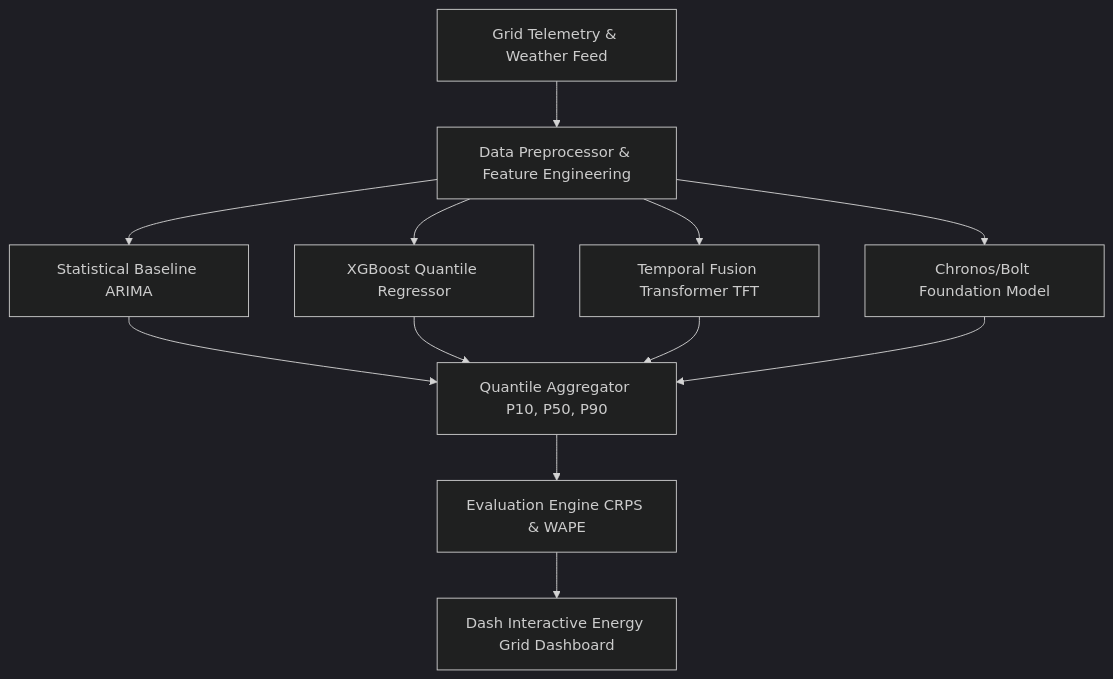
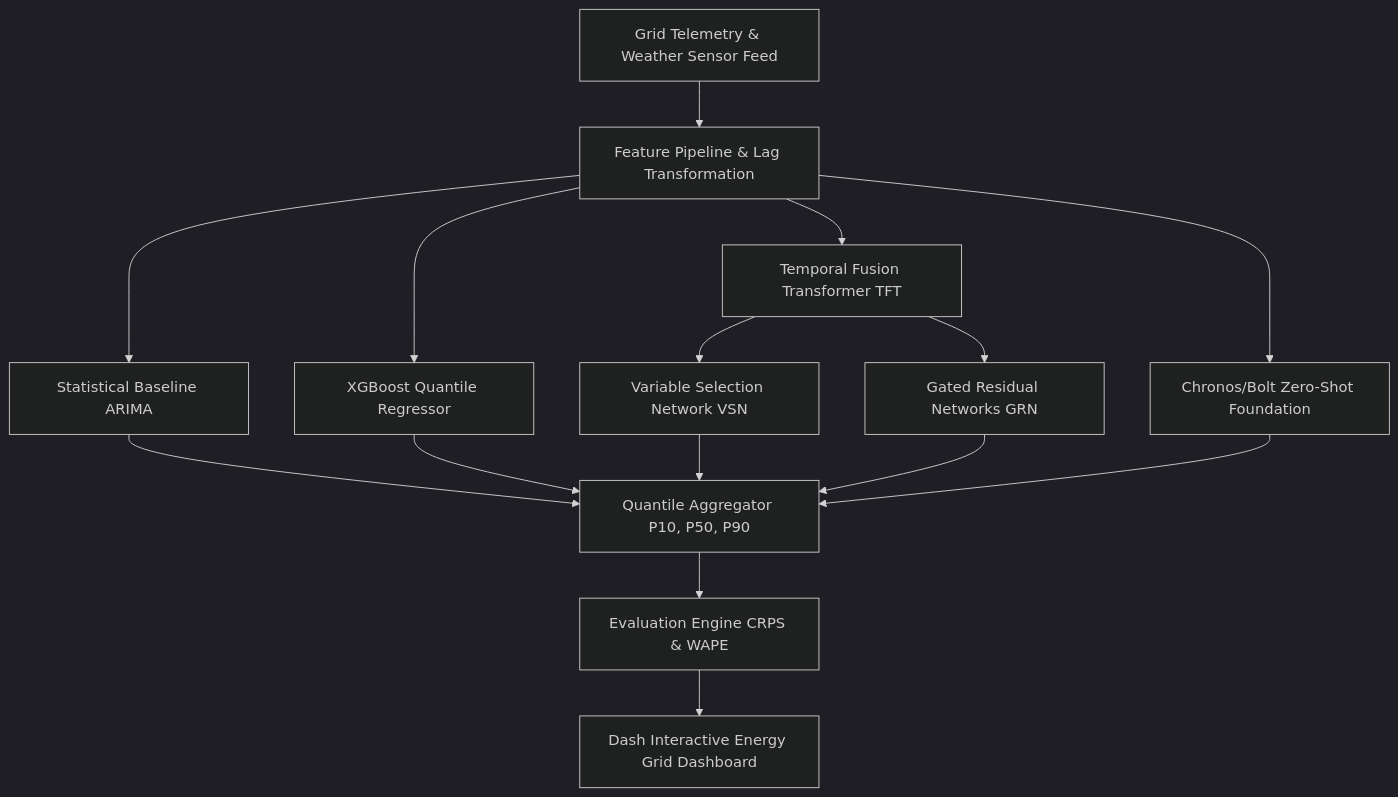
The diagram in README.md (palomabasfer/renewable-energy-forecasting), drawn with Mermaid (dark theme) before and after one commit.

Commit message:
docs(readme): upgrade README with TFT VSN GRN architecture, badges & math

````diff
--- a/README.md
+++ b/README.md
@@ -13,14 +13,17 @@
 ```mermaid
 flowchart TD
-    A[Grid Telemetry & Weather Feed] --> B[Data Preprocessor & Feature Engineering]
+    A[Grid Telemetry & Weather Sensor Feed] --> B[Feature Pipeline & Lag Transformation]
     B --> C[Statistical Baseline ARIMA]
     B --> D[XGBoost Quantile Regressor]
     B --> E[Temporal Fusion Transformer TFT]
-    B --> F[Chronos/Bolt Foundation Model]
-    C --> G[Quantile Aggregator P10, P50, P90]
-    D --> G
-    E --> G
-    F --> G
-    G --> H[Evaluation Engine CRPS & WAPE]
-    H --> I[Dash Interactive Energy Grid Dashboard]
+    B --> F[Chronos/Bolt Zero-Shot Foundation]
+    E --> G[Variable Selection Network VSN]
+    E --> H[Gated Residual Networks GRN]
+    C --> I[Quantile Aggregator P10, P50, P90]
+    D --> I
+    G --> I
+    H --> I
+    F --> I
+    I --> J[Evaluation Engine CRPS & WAPE]
+    J --> K[Dash Interactive Energy Grid Dashboard]
 ```
````
